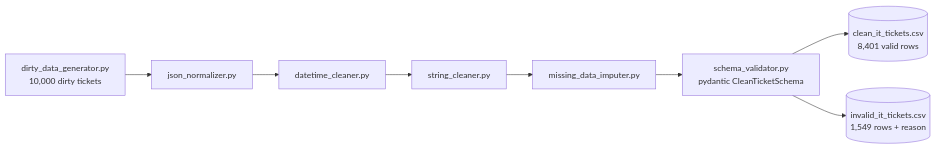
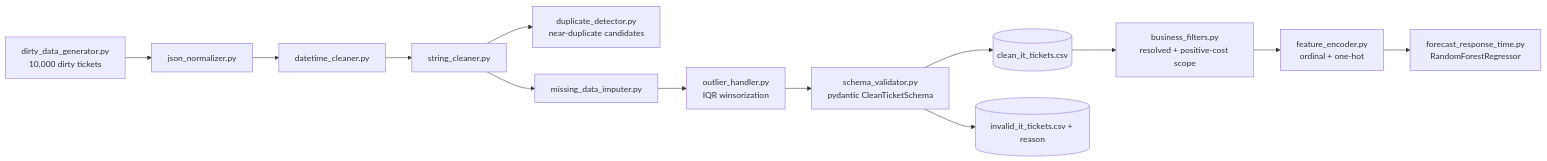
One commit to Rxyxs/Limpieza_Datos changed the diagram in README.md. Above: the diagram before and after it, drawn with Mermaid. The commit also changed other lines of this file and 16 other files, not shown here.

First line of the commit message:
feat: outlier handling, near-duplicate detection, ML-scope filtering, feature encoding, and a real forecasting model

````diff
--- a/README.md
+++ b/README.md
@@ -31,10 +35,15 @@
 ```mermaid
 flowchart LR
     A[dirty_data_generator.py<br/>10,000 dirty tickets] --> B[json_normalizer.py]
     B --> C[datetime_cleaner.py]
     C --> D[string_cleaner.py]
-    D --> E[missing_data_imputer.py]
-    E --> F["schema_validator.py<br/>pydantic CleanTicketSchema"]
-    F --> G[(clean_it_tickets.csv<br/>8,401 valid rows)]
-    F --> H[(invalid_it_tickets.csv<br/>1,549 rows + reason)]
+    D --> E[duplicate_detector.py<br/>near-duplicate candidates]
+    D --> F[missing_data_imputer.py]
+    F --> G[outlier_handler.py<br/>IQR winsorization]
+    G --> H["schema_validator.py<br/>pydantic CleanTicketSchema"]
+    H --> I[(clean_it_tickets.csv)]
+    H --> J[(invalid_it_tickets.csv + reason)]
+    I --> K[business_filters.py<br/>resolved + positive-cost scope]
+    K --> L[feature_encoder.py<br/>ordinal + one-hot]
+    L --> M["forecast_response_time.py<br/>RandomForestRegressor"]
 ```
````
